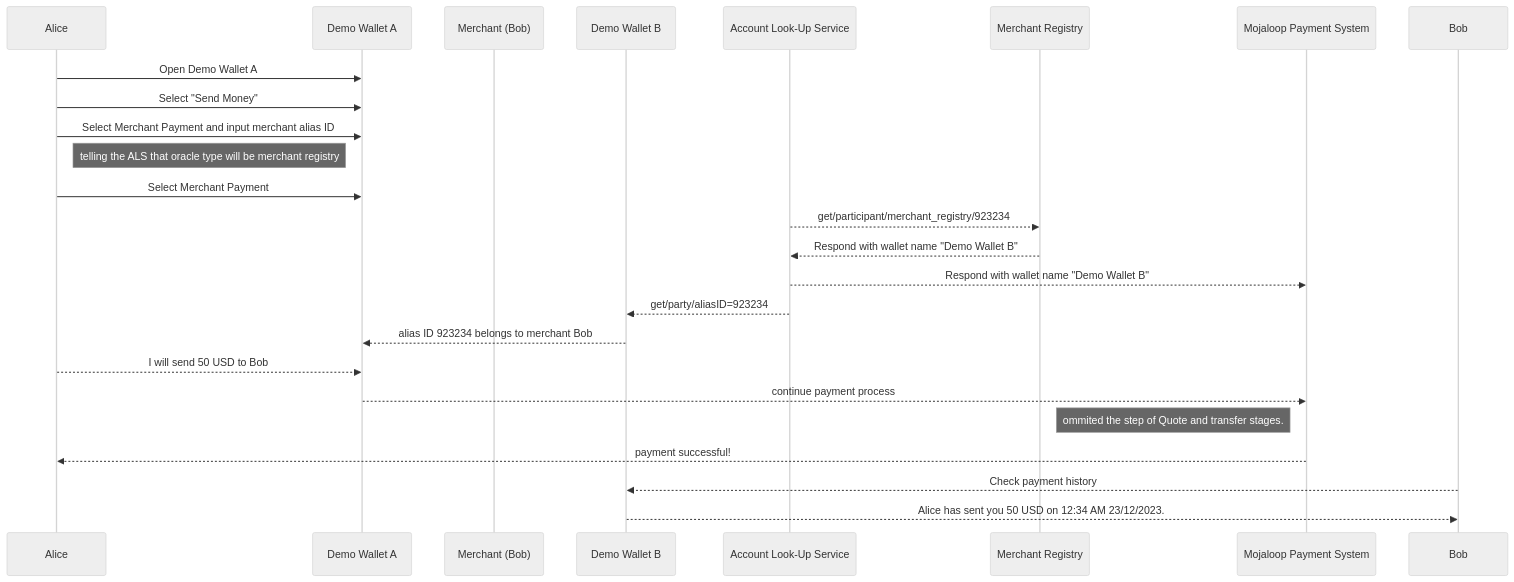
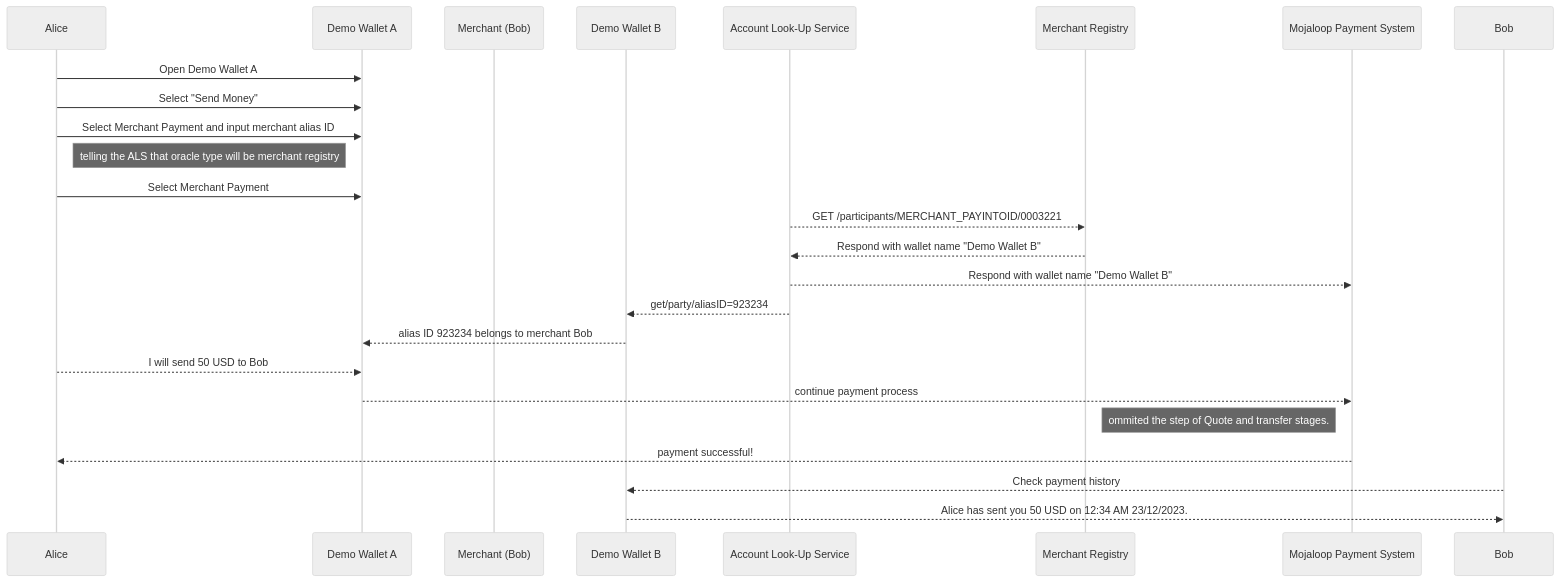
Before and after one commit to mojaloop/merchant-payment-docs: the second of 2 diagrams in Sprint-5-features/Demo_wallet_sequence_diagram.md, drawn with Mermaid (neutral theme). The commit also changed other lines of this file and 1 other file, not shown here.

Commit message:
add external DFSP alias generation process flow requirements

````diff
--- a/Sprint-5-features/Demo_wallet_sequence_diagram.md
+++ b/Sprint-5-features/Demo_wallet_sequence_diagram.md
@@ -46,32 +46,32 @@
 ```mermaid
 
 sequenceDiagram
     participant Alice as Alice
     participant WalletA as Demo Wallet A
     participant Merchant as Merchant (Bob)
     participant WalletB as Demo Wallet B
     participant ALS as Account Look-Up Service
     participant MS as Merchant Registry
     participant Mojaloop as Mojaloop Payment System
     
     Alice ->> WalletA: Open Demo Wallet A
     Alice ->> WalletA: Select "Send Money"
     Alice ->> WalletA: Select Merchant Payment and input merchant alias ID
      % This is a comment added to this step.
     Note left of WalletA: telling the ALS that oracle type will be merchant registry
     Alice ->> WalletA: Select Merchant Payment
     
-    ALS -->> MS: get/participant/merchant_registry/923234
+    ALS -->> MS: GET /participants/MERCHANT_PAYINTOID/0003221
     MS -->> ALS: Respond with wallet name "Demo Wallet B"
     ALS -->>Mojaloop: Respond with wallet name "Demo Wallet B"
     ALS -->>WalletB: get/party/aliasID=923234
     WalletB -->>WalletA: alias ID 923234 belongs to merchant Bob
 
     Alice -->> WalletA: I will send 50 USD to Bob
     WalletA -->> Mojaloop: continue payment process
      % This is a comment added to this step.
     Note left of Mojaloop: ommited the step of Quote and transfer stages.
     Mojaloop -->>Alice: payment successful!
     Bob -->>WalletB: Check payment history
     WalletB -->>Bob: Alice has sent you 50 USD on 12:34 AM 23/12/2023.
 ```
````
